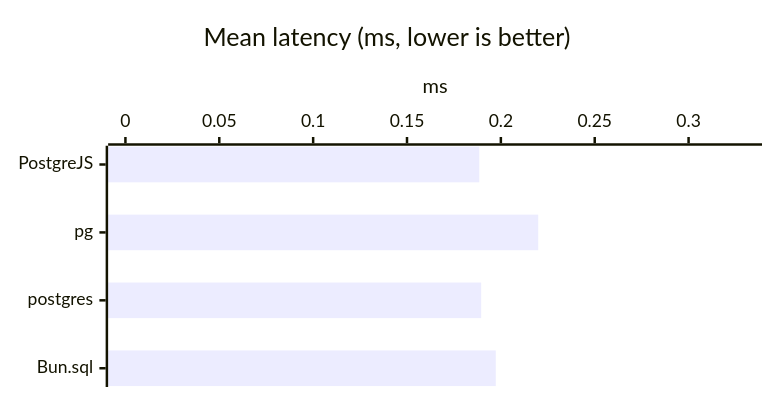
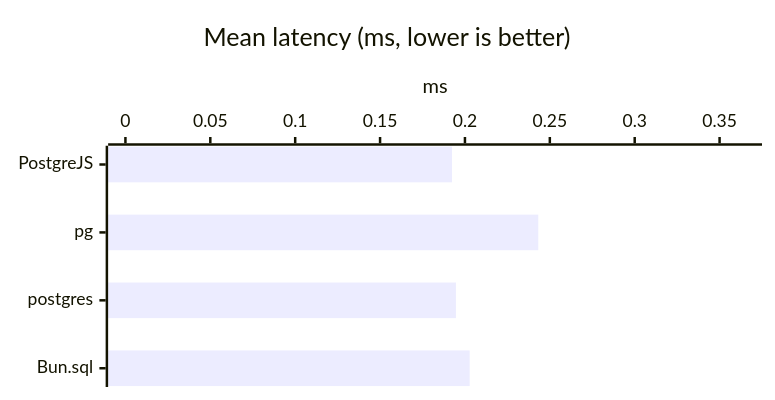
Diagram 13 of 56 in docs/getting-started/benchmarks-bun.md (panates/postgrejs-doc), drawn with Mermaid before and after one commit. The commit also changed other lines of this file and 24 other files, not shown here.

````diff
--- a/docs/getting-started/benchmarks-bun.md
+++ b/docs/getting-started/benchmarks-bun.md
@@ -380,8 +380,8 @@
 ```mermaid
 %%{init: {'xyChart': {'width': 600, 'height': 300, 'chartOrientation': 'horizontal'}}}%%
 xychart-beta
     title "Mean latency (ms, lower is better)"
     x-axis ["PostgreJS", "pg", "postgres", "Bun.sql"]
-    y-axis "ms" 0.0000 --> 0.3299
-    bar [0.1885, 0.2199, 0.1895, 0.1973]
+    y-axis "ms" 0.0000 --> 0.3648
+    bar [0.1924, 0.2432, 0.1947, 0.2028]
 ```
````
